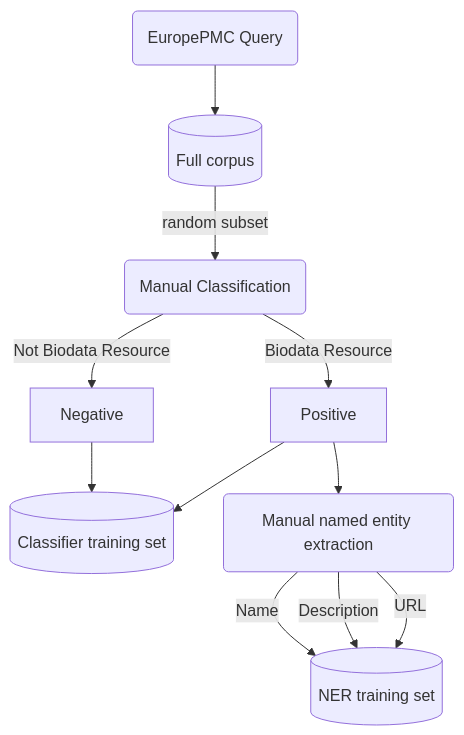
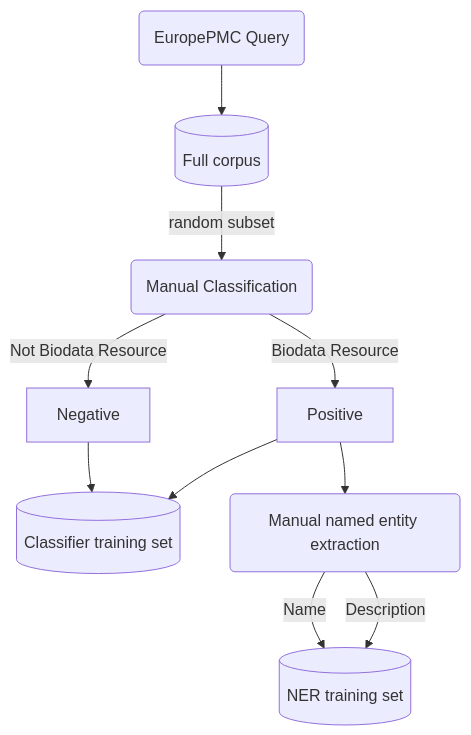
One commit to globalbiodata/inventory_2022 changed the first of 4 diagrams in README.md. Above: the diagram before and after it, drawn with Mermaid. The commit also changed other lines of this file, not shown here.

Commit message:
update flowcharts

````diff
--- a/README.md
+++ b/README.md
@@ -11,13 +11,12 @@
 ```mermaid
 graph TD
     query(EuropePMC Query) --> corpus[(Full corpus)]
     corpus -- random subset--> manclass(Manual Classification);
     manclass -- Not Biodata Resource --> neg[Negative]
     manclass -- Biodata Resource --> pos[Positive]
     neg --> classtrain[(Classifier training set)]
     pos --> classtrain
     pos --> ner(Manual named entity extraction)
     ner -- Name --> nertrain[(NER training set)]
     ner -- Description --> nertrain
-    ner -- URL --> nertrain
 ```
````
